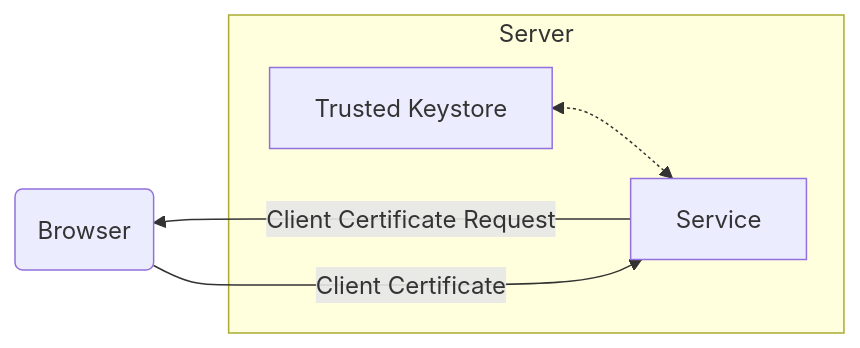
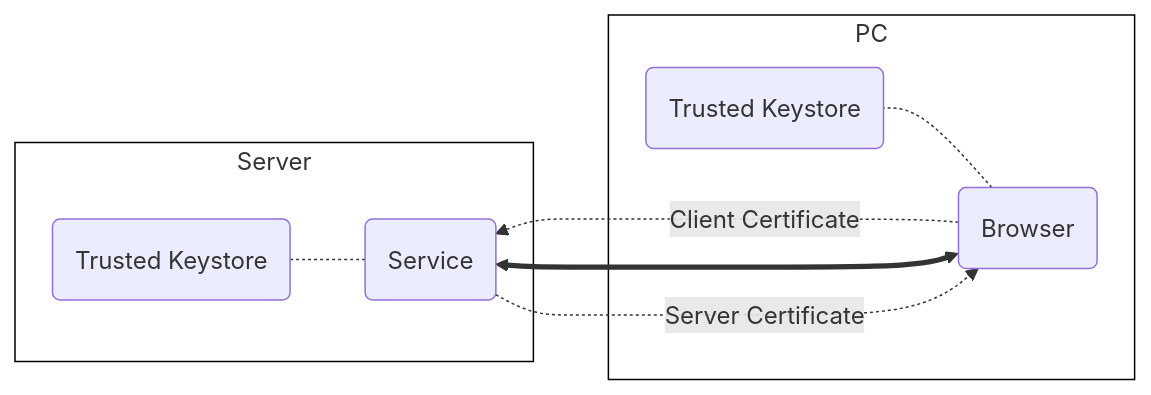
One commit to pomerium/pomerium changed the sixth of 16 diagrams in docs/docs/topics/mutual-auth.md. Above: the diagram before and after it, drawn with Mermaid. The commit also changed other lines of this file and 1 other file, not shown here.

````diff
--- a/docs/docs/topics/mutual-auth.md
+++ b/docs/docs/topics/mutual-auth.md
@@ -161,8 +156,14 @@
 ```mermaid
 flowchart RL
-    subgraph Server
-    A[Service]<-.->C[Trusted Keystore]
-    end
-    D(Browser)-- Client Certificate -->A
-    A-- Client Certificate Request --->D
+  subgraph pc [PC]
+    D(Browser) -.- B(Trusted Keystore)
+  end
+  subgraph Server
+    A(Service)-.-C(Trusted Keystore)
+  end
+  D(Browser)-. Client Certificate .->A
+  A-. Server Certificate ..->D
+  D<==>A
+  style pc fill: white, stroke: black
+  style Server fill: white, stroke: black
 ```
````
